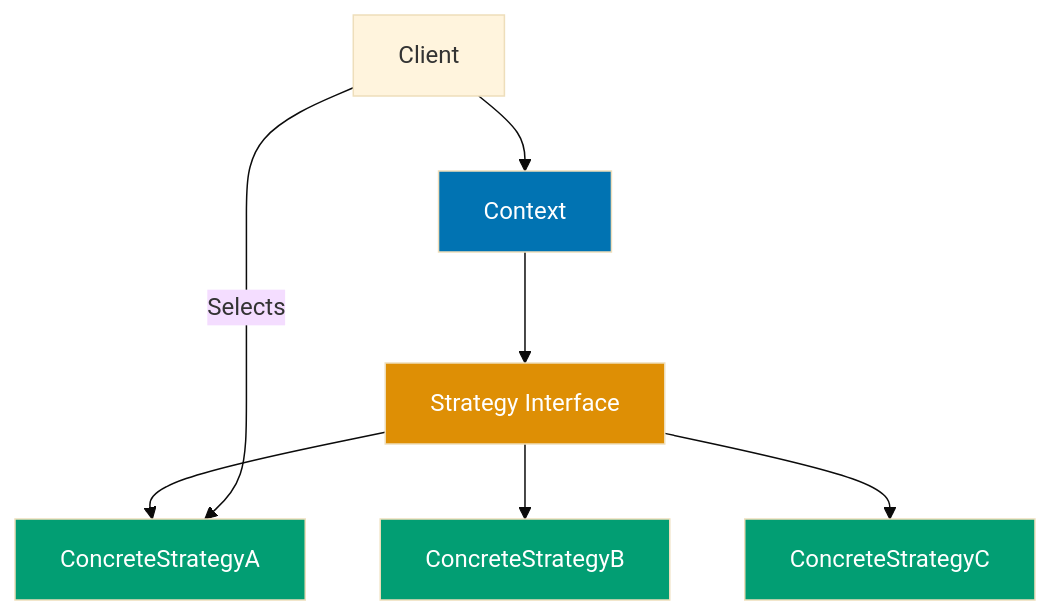
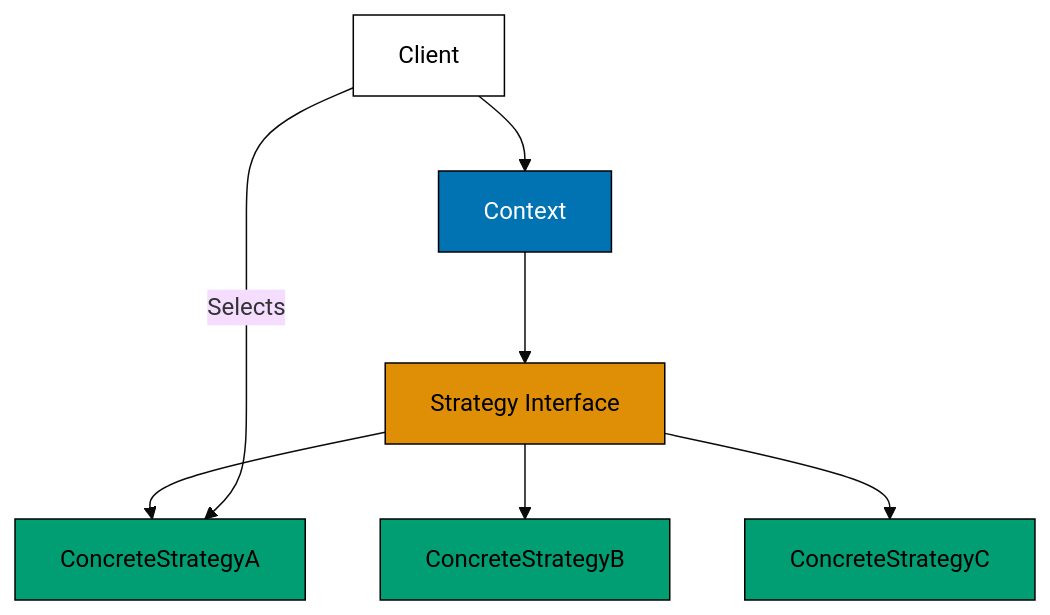
The eighth of 13 diagrams in apps/ayokoding-www/content/en/learn/legacy/software-engineering/programming-languages/java/by-example/advanced.md (wahidyankf/ose-public), drawn with Mermaid (base theme) before and after one commit. The commit also changed other lines of this file and 112 other files, not shown here.

First line of the commit message:
fix(mermaid): bring the legacy programming-languages diagrams onto the accessible palette

````diff
--- a/apps/ayokoding-www/content/en/learn/legacy/software-engineering/programming-languages/java/by-example/advanced.md
+++ b/apps/ayokoding-www/content/en/learn/legacy/software-engineering/programming-languages/java/by-example/advanced.md
@@ -2694,17 +2740,23 @@
 ```mermaid
 %% Color Palette: Blue #0173B2, Orange #DE8F05, Teal #029E73, Purple #CC78BC, Brown #CA9161
 graph TD
+    accTitle: Example 80: Strategy, Observer, Decorator
+    accDescr: Graph with 6 nodes and 6 connections. Nodes: Context, Strategy Interface, ConcreteStrategyA, ConcreteStrategyB, ConcreteStrategyC, Client. Connections: Context to Strategy Interface, Strategy Interface to ConcreteStrategyA, Strategy Interface to ConcreteStrategyB, Strategy Interface to ConcreteStrategyC, Client to Context, Client to ConcreteStrategyA (Selects).
     A[Context] --> B[Strategy Interface]
     B --> C[ConcreteStrategyA]
     B --> D[ConcreteStrategyB]
     B --> E[ConcreteStrategyC]
 
     F[Client] --> A
     F -->|Selects| C
 
-    style A fill:#0173B2,color:#fff
-    style B fill:#DE8F05,color:#fff
-    style C fill:#029E73,color:#fff
-    style D fill:#029E73,color:#fff
-    style E fill:#029E73,color:#fff
+    classDef pal-0173B2 fill:#0173B2,stroke:#000000,color:#FFFFFF
+    class A pal-0173B2
+    classDef pal-DE8F05 fill:#DE8F05,stroke:#000000,color:#000000
+    class B pal-DE8F05
+    classDef pal-029E73 fill:#029E73,stroke:#000000,color:#000000
+    class C pal-029E73
+    class D pal-029E73
+    class E pal-029E73
+    classDef default fill:#FFFFFF,stroke:#000000,color:#000000
 ```
````
